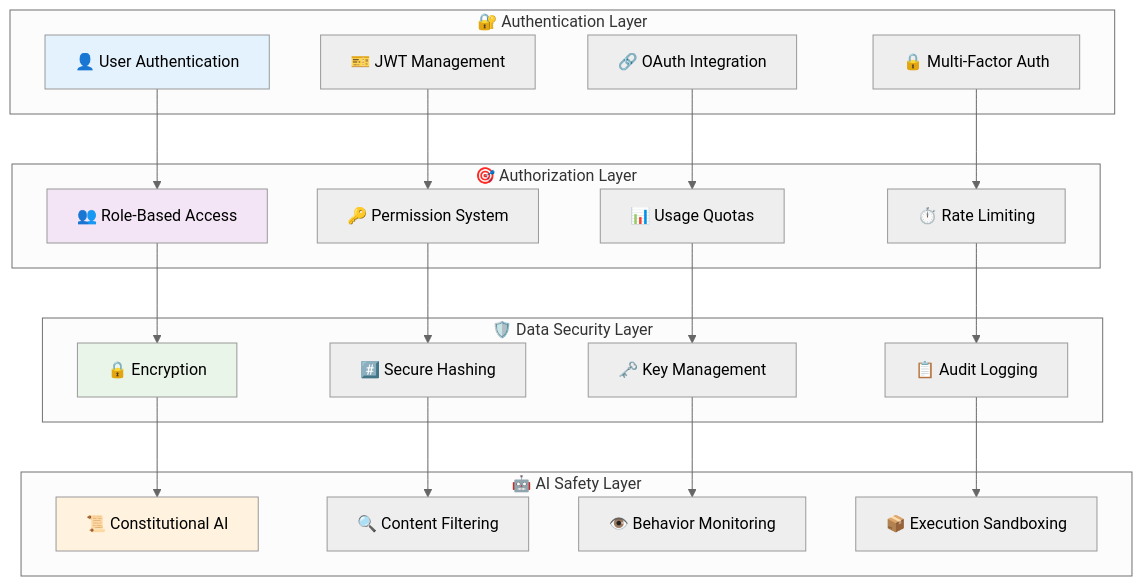
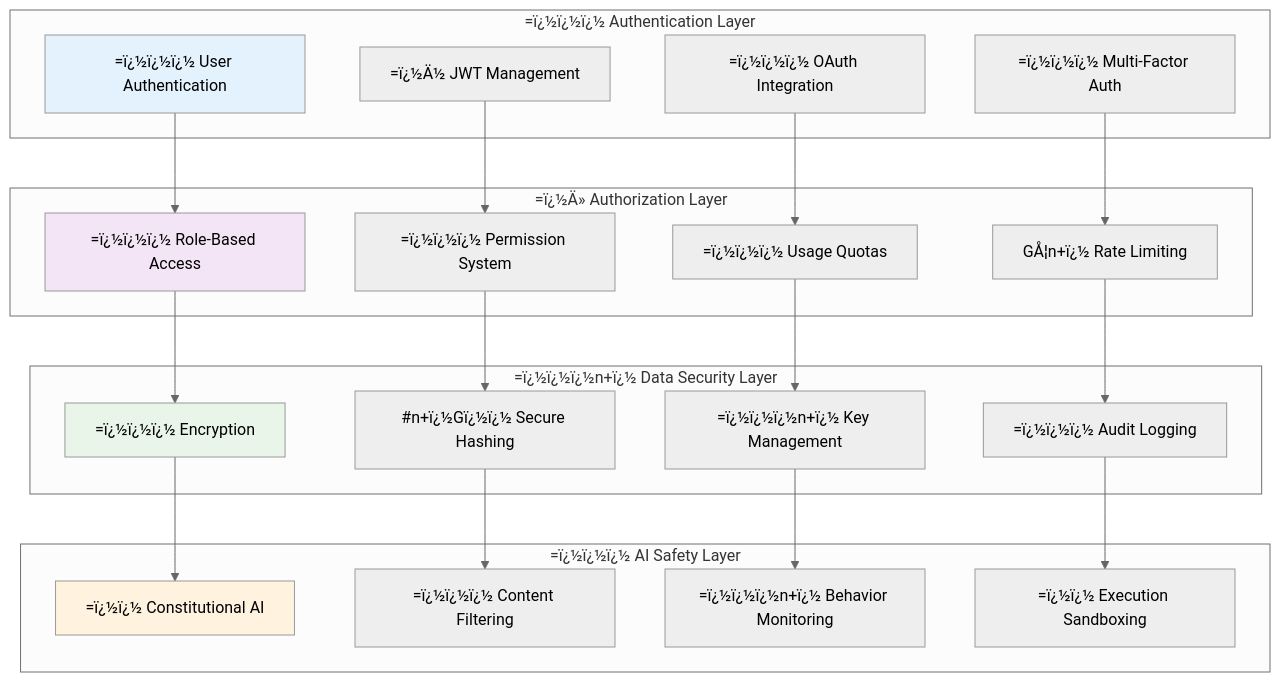
Diagram 15 of 15 in packages/agentos/docs/ARCHITECTURE.md (framersai/agentos-live-docs), drawn with Mermaid (neutral theme) before and after one commit. The commit also changed other lines of this file and 47 other files, not shown here.

````diff
--- a/packages/agentos/docs/ARCHITECTURE.md
+++ b/packages/agentos/docs/ARCHITECTURE.md
@@ -3131,50 +3186,50 @@
 ```mermaid
 graph TB
-    subgraph "🔐 Authentication Layer"
-        UA[👤 User Authentication]
-        JWT[🎫 JWT Management]
-        OAUTH[🔗 OAuth Integration]
-        MFA[🔒 Multi-Factor Auth]
+    subgraph "=ï¿½ï¿½ï¿½ Authentication Layer"
+        UA[=ï¿½ï¿½ï¿½ User Authentication]
+        JWT[=ï¿½Ä½ JWT Management]
+        OAUTH[=ï¿½ï¿½ï¿½ OAuth Integration]
+        MFA[=ï¿½ï¿½ï¿½ Multi-Factor Auth]
     end
     
-    subgraph "🎯 Authorization Layer"
-        RBAC[👥 Role-Based Access]
-        PERM[🔑 Permission System]
-        QUOTA[📊 Usage Quotas]
-        RATE[⏱️ Rate Limiting]
+    subgraph "=ï¿½Ä» Authorization Layer"
+        RBAC[=ï¿½ï¿½ï¿½ Role-Based Access]
+        PERM[=ï¿½ï¿½ï¿½ Permission System]
+        QUOTA[=ï¿½ï¿½ï¿½ Usage Quotas]
+        RATE[GÅ¦n+ï¿½ Rate Limiting]
     end
     
-    subgraph "🛡️ Data Security Layer"
-        ENCRYPT[🔒 Encryption]
-        HASH[#️⃣ Secure Hashing]
-        KEYS[🗝️ Key Management]
-        AUDIT[📋 Audit Logging]
+    subgraph "=ï¿½ï¿½ï¿½n+ï¿½ Data Security Layer"
+        ENCRYPT[=ï¿½ï¿½ï¿½ Encryption]
+        HASH[#n+ï¿½Gï¿½ï¿½ Secure Hashing]
+        KEYS[=ï¿½ï¿½ï¿½n+ï¿½ Key Management]
+        AUDIT[=ï¿½ï¿½ï¿½ Audit Logging]
     end
     
-    subgraph "🤖 AI Safety Layer"
-        CONST[📜 Constitutional AI]
-        FILTER[🔍 Content Filtering]
-        MONITOR[👁️ Behavior Monitoring]
-        SANDBOX[📦 Execution Sandboxing]
+    subgraph "=ï¿½ï¿½ï¿½ AI Safety Layer"
+        CONST[=ï¿½ï¿½ Constitutional AI]
+        FILTER[=ï¿½ï¿½ï¿½ Content Filtering]
+        MONITOR[=ï¿½ï¿½ï¿½n+ï¿½ Behavior Monitoring]
+        SANDBOX[=ï¿½ï¿½ Execution Sandboxing]
     end
     
     UA --> RBAC
     JWT --> PERM
     OAUTH --> QUOTA
     MFA --> RATE
     
     RBAC --> ENCRYPT
     PERM --> HASH
     QUOTA --> KEYS
     RATE --> AUDIT
     
     ENCRYPT --> CONST
     HASH --> FILTER
     KEYS --> MONITOR
     AUDIT --> SANDBOX
     
     style UA fill:#e3f2fd
     style RBAC fill:#f3e5f5
     style ENCRYPT fill:#e8f5e8
     style CONST fill:#fff3e0
 ```
````
